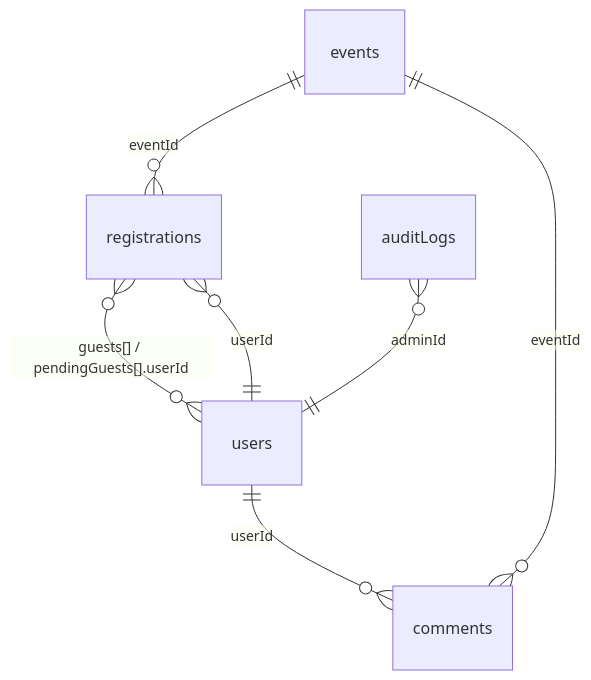
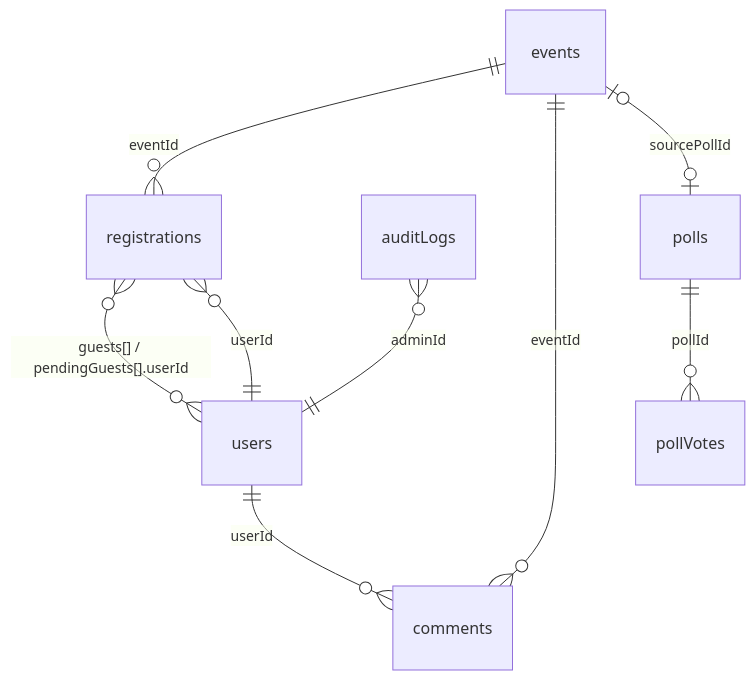
The diagram in docs/wiki/concepts/data-model.md (VibeGenZero/DEMS), drawn with Mermaid before and after one commit. The commit also changed other lines of this file and 17 other files, not shown here.

````diff
--- a/docs/wiki/concepts/data-model.md
+++ b/docs/wiki/concepts/data-model.md
@@ -14,9 +14,11 @@
 ```mermaid
 erDiagram
   events ||--o{ registrations : "eventId"
   events ||--o{ comments : "eventId"
   users ||--o{ registrations : "userId"
   users ||--o{ comments : "userId"
   registrations }o--o{ users : "guests[] / pendingGuests[].userId"
   auditLogs }o--|| users : "adminId"
+  polls ||--o{ pollVotes : "pollId"
+  events |o--o| polls : "sourcePollId"
 ```
````
